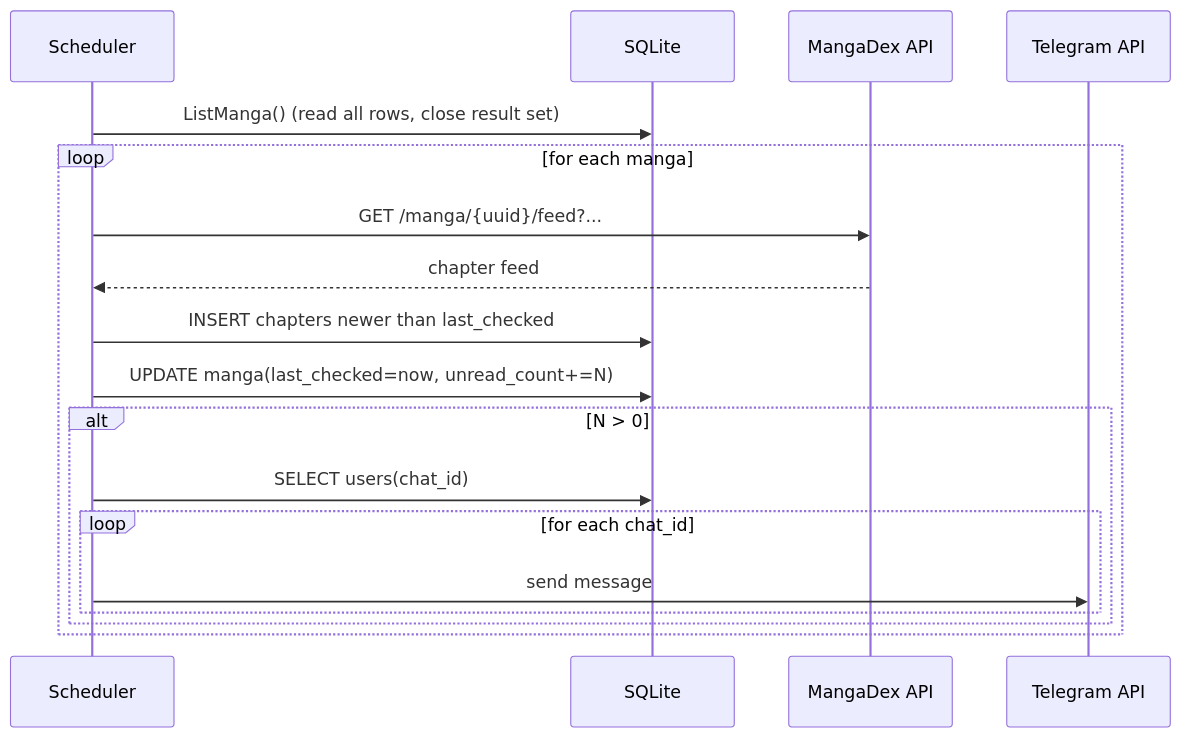
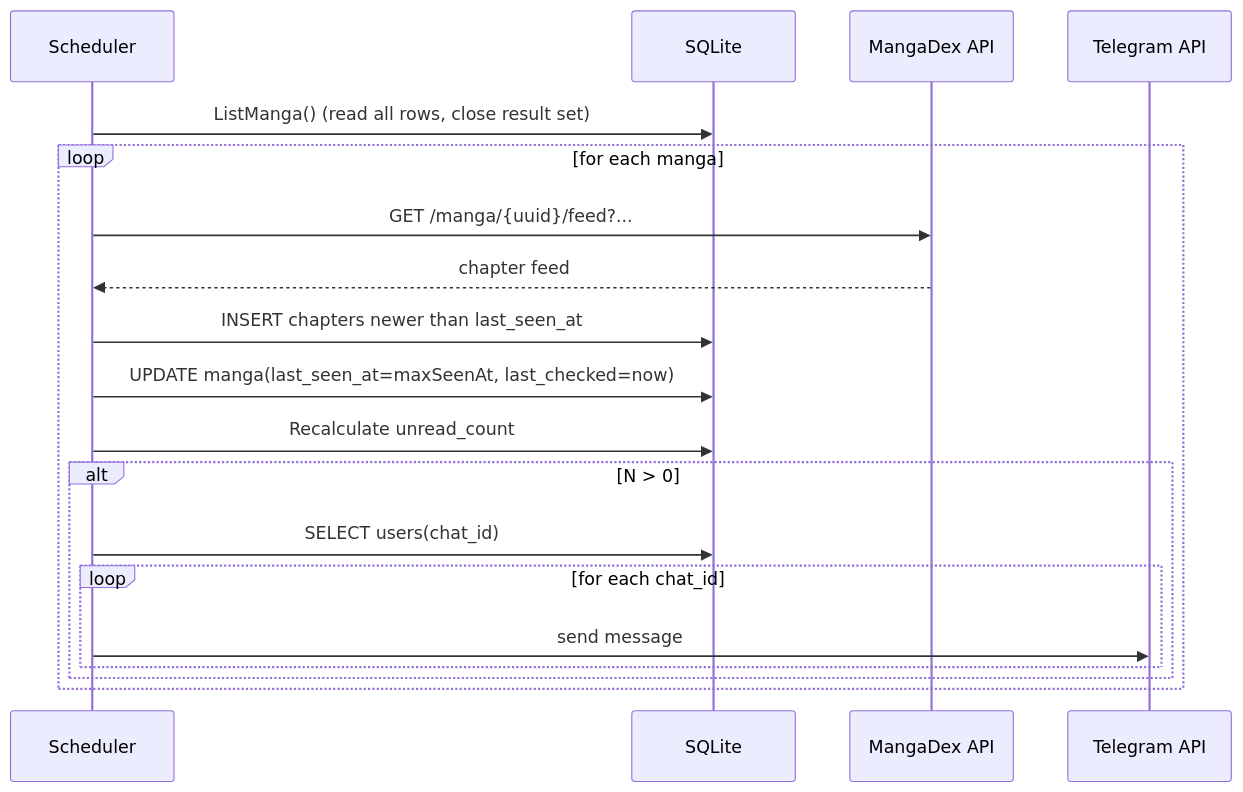
The eighth of 9 diagrams in docs/workflow.md (BattermanZ/ReleaseNoJutsu), drawn with Mermaid before and after one commit. The commit also changed other lines of this file and 11 other files, not shown here.

````diff
--- a/docs/workflow.md
+++ b/docs/workflow.md
@@ -204,21 +212,22 @@
 ```mermaid
 sequenceDiagram
   participant SCH as Scheduler
   participant DB as SQLite
   participant MD as MangaDex API
   participant TG as Telegram API
 
   SCH->>DB: ListManga()  (read all rows, close result set)
   loop for each manga
     SCH->>MD: GET /manga/{uuid}/feed?...
     MD-->>SCH: chapter feed
-    SCH->>DB: INSERT chapters newer than last_checked
-    SCH->>DB: UPDATE manga(last_checked=now, unread_count+=N)
+    SCH->>DB: INSERT chapters newer than last_seen_at
+    SCH->>DB: UPDATE manga(last_seen_at=maxSeenAt, last_checked=now)
+    SCH->>DB: Recalculate unread_count
     alt N > 0
       SCH->>DB: SELECT users(chat_id)
       loop for each chat_id
         SCH->>TG: send message
       end
     end
   end
 ```
````
